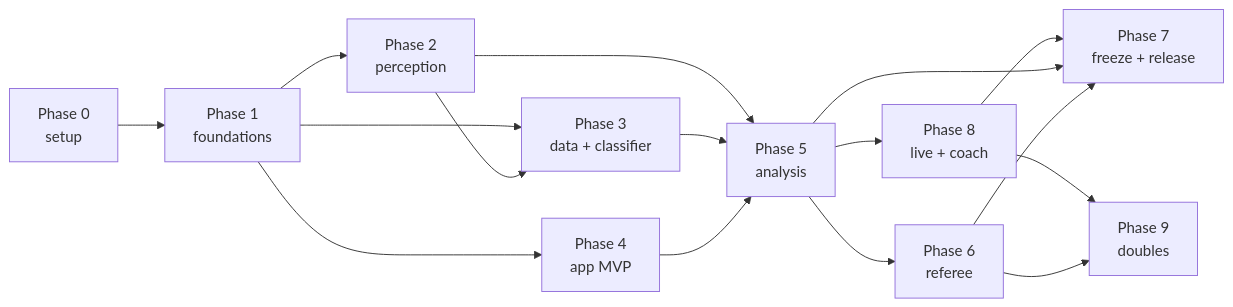
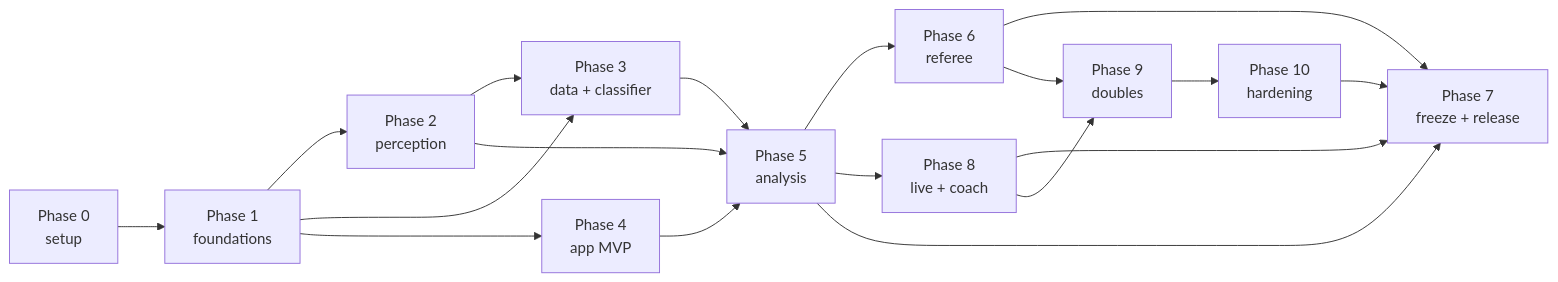
One commit to Mist10148/ShuttleSense changed the second of 3 diagrams in docs/PHASES.md. Above: the diagram before and after it, drawn with Mermaid. The commit also changed other lines of this file and 4 other files, not shown here.

````diff
--- a/docs/PHASES.md
+++ b/docs/PHASES.md
@@ -86,18 +88,20 @@
 ```mermaid
 flowchart LR
     P0[Phase 0<br/>setup] --> P1[Phase 1<br/>foundations]
     P1 --> P2[Phase 2<br/>perception]
     P1 --> P3[Phase 3<br/>data + classifier]
     P1 --> P4[Phase 4<br/>app MVP]
     P2 --> P3
     P2 --> P5[Phase 5<br/>analysis]
     P3 --> P5
     P4 --> P5
     P5 --> P6[Phase 6<br/>referee]
     P5 --> P8[Phase 8<br/>live + coach]
     P8 --> P7
     P5 --> P7[Phase 7<br/>freeze + release]
     P6 --> P7
     P8 --> P9[Phase 9<br/>doubles]
     P6 --> P9
+    P9 --> P10[Phase 10<br/>hardening]
+    P10 --> P7
 ```
````
